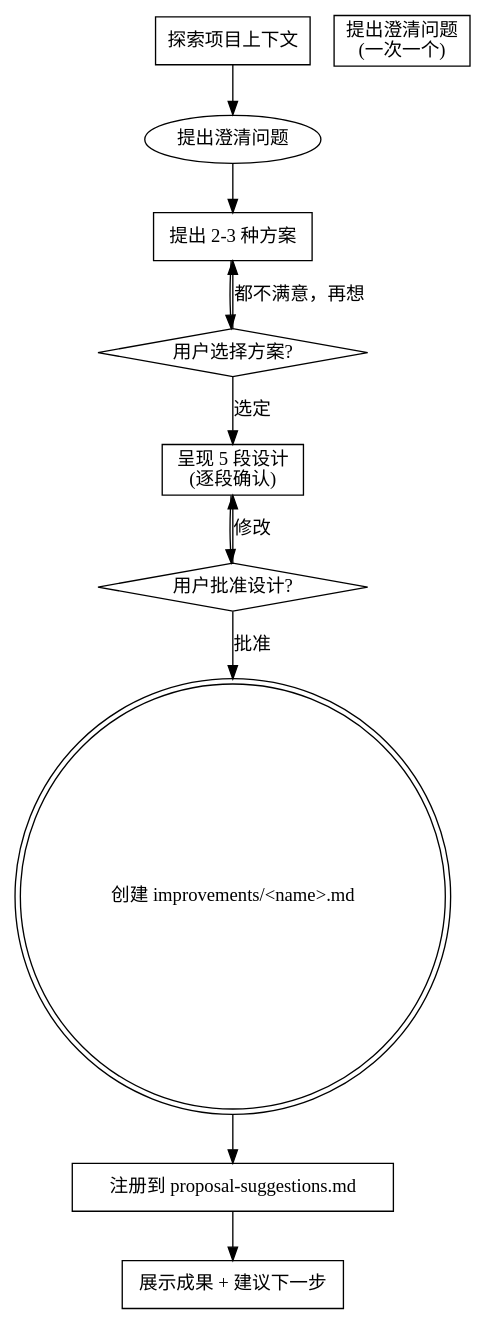
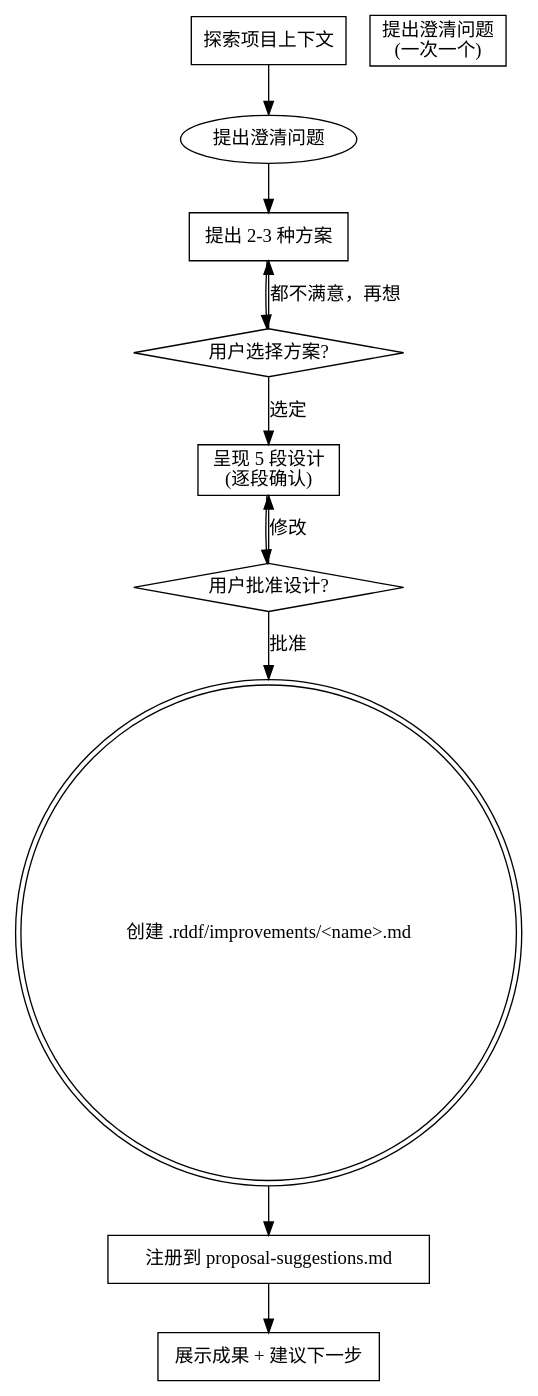
The diagram in skills/rdd-workflow-brainstorm/SKILL.md (chisuhua/rdd-workflow), drawn with Graphviz before and after one commit. The commit also changed other lines of this file and 222 other files, not shown here.

First line of the commit message:
refactor(rdd-workflow): migrate improvements/ → .rddf/improvements/ for plugin filter (saves ~4,887 tokens)

````diff
--- a/skills/rdd-workflow-brainstorm/SKILL.md
+++ b/skills/rdd-workflow-brainstorm/SKILL.md
@@ -46,24 +46,24 @@
 ```dot
 digraph rdd_brainstorm {
     "探索项目上下文" [shape=box];
     "提出澄清问题\n(一次一个)" [shape=box];
     "提出 2-3 种方案" [shape=box];
     "用户选择方案?" [shape=diamond];
     "呈现 5 段设计\n(逐段确认)" [shape=box];
     "用户批准设计?" [shape=diamond];
-    "创建 improvements/<name>.md" [shape=doublecircle];
+    "创建 .rddf/improvements/<name>.md" [shape=doublecircle];
     "注册到 proposal-suggestions.md" [shape=box];
     "展示成果 + 建议下一步" [shape=box];
 
     "探索项目上下文" -> "提出澄清问题";
     "提出澄清问题" -> "提出 2-3 种方案";
     "提出 2-3 种方案" -> "用户选择方案?";
     "用户选择方案?" -> "提出 2-3 种方案" [label="都不满意，再想"];
     "用户选择方案?" -> "呈现 5 段设计\n(逐段确认)" [label="选定"];
     "呈现 5 段设计\n(逐段确认)" -> "用户批准设计?";
     "用户批准设计?" -> "呈现 5 段设计\n(逐段确认)" [label="修改"];
-    "用户批准设计?" -> "创建 improvements/<name>.md" [label="批准"];
-    "创建 improvements/<name>.md" -> "注册到 proposal-suggestions.md";
+    "用户批准设计?" -> "创建 .rddf/improvements/<name>.md" [label="批准"];
+    "创建 .rddf/improvements/<name>.md" -> "注册到 proposal-suggestions.md";
     "注册到 proposal-suggestions.md" -> "展示成果 + 建议下一步";
 }
 ```
````
